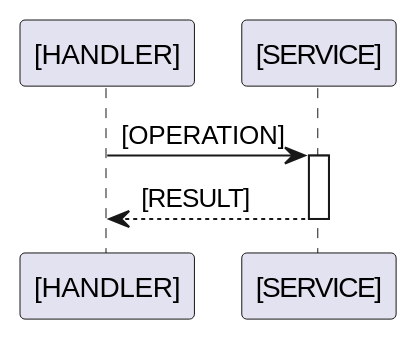
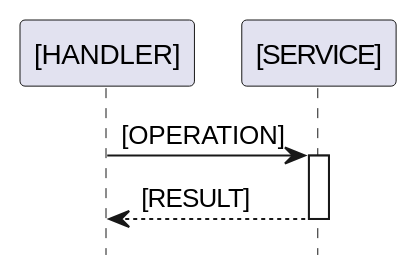
Before and after one commit to ruifrvaz/smaqit: the diagram in templates/designs/design-sequence.template.md, drawn with PlantUML. The commit also changed 4 other files, not shown here.

First line of the commit message:
fix: require hide footbox in Design Sequence Diagrams

````diff
--- a/templates/designs/design-sequence.template.md
+++ b/templates/designs/design-sequence.template.md
@@ -22,11 +22,12 @@
 ```plantuml
 @startuml
 participant "[HANDLER]" as Handler
 participant "[SERVICE]" as Service
+hide footbox
 Handler -> Service: [OPERATION]
 ' impl: [RELATIVE/PATH/TO/FILE.EXT]:[LINE]
 activate Service
 Service --> Handler: [RESULT]
 deactivate Service
 @enduml
 ```
````
